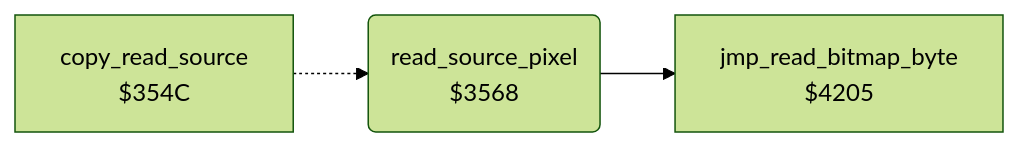
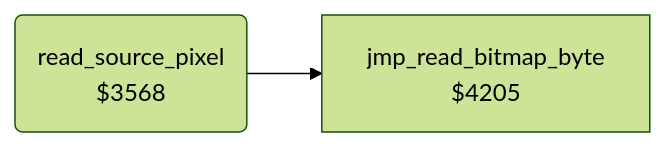
The diagram in koala_painter/v1/docs/reference/modules/tools/copy_3568.md (henols/c64_games), drawn with Mermaid (forest theme) before and after one commit. The commit also changed other lines of this file and 1100 other files, not shown here.

````diff
--- a/koala_painter/v1/docs/reference/modules/tools/copy_3568.md
+++ b/koala_painter/v1/docs/reference/modules/tools/copy_3568.md
@@ -10,8 +16,6 @@
 ```mermaid
 flowchart LR
-  n354c["copy_read_source<br/>$354C"]
   n3568("read_source_pixel<br/>$3568")
   n4205["jmp_read_bitmap_byte<br/>$4205"]
-  n354c -.-> n3568
   n3568 --> n4205
 ```
````
